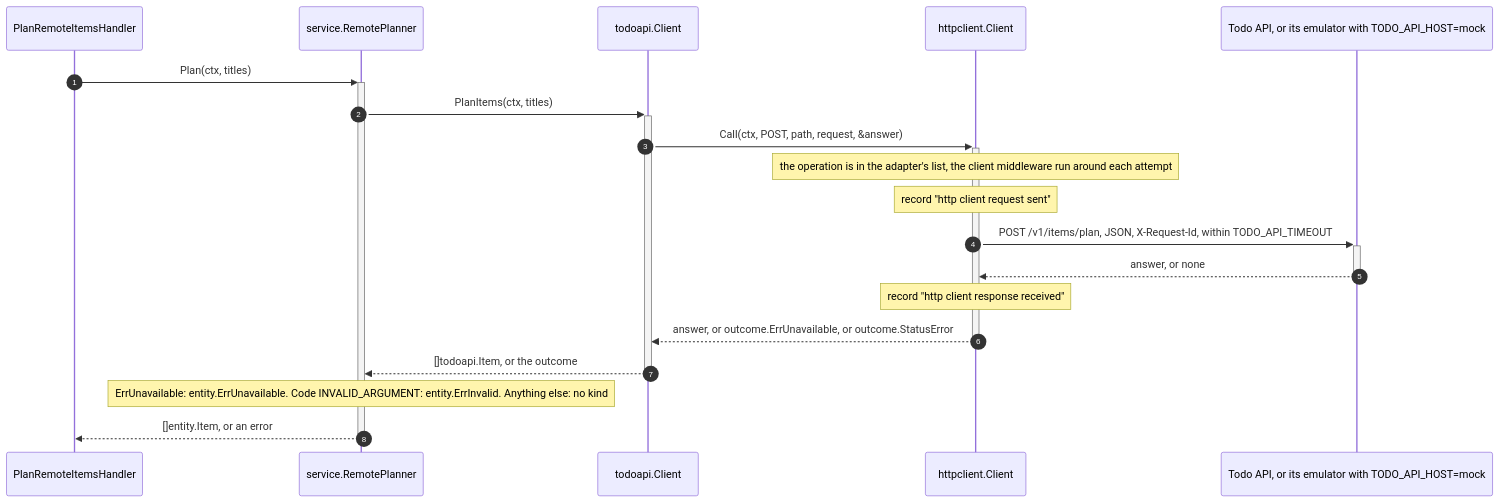
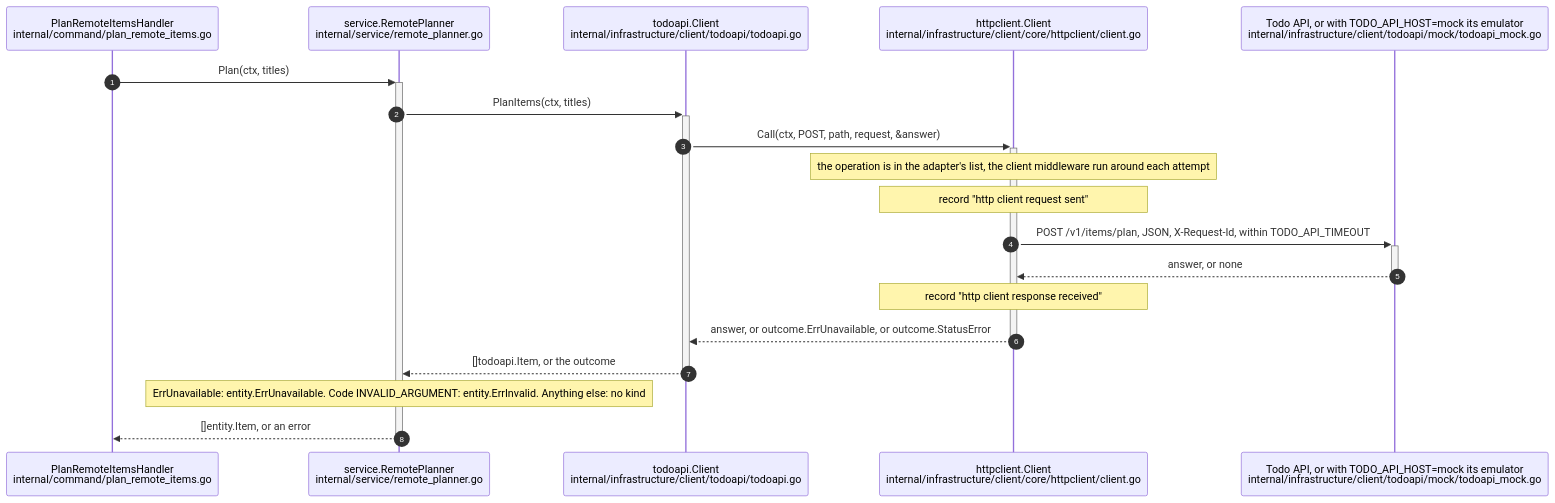
Before and after one commit to InsonusK/ai-skills: the diagram in library/architecture/go/vp-http-client-in-go.skill/diagrams/example-flow.mmd, drawn with Mermaid. The commit also changed 9 other files, not shown here.

Commit message:
vp-diagrams: each participant of a sequence names its real class and its file

```diff
--- a/library/architecture/go/vp-http-client-in-go.skill/diagrams/example-flow.mmd
+++ b/library/architecture/go/vp-http-client-in-go.skill/diagrams/example-flow.mmd
@@ -1,20 +1,20 @@
 sequenceDiagram
     autonumber
-    participant Handler as PlanRemoteItemsHandler
-    participant Service as service.RemotePlanner
-    participant Adapter as todoapi.Client
-    participant Client as httpclient.Client
-    participant API as Todo API, or its emulator with TODO_API_HOST=mock
+    participant Handler as PlanRemoteItemsHandler<br/>internal/command/plan_remote_items.go
+    participant Service as service.RemotePlanner<br/>internal/service/remote_planner.go
+    participant Adapter as todoapi.Client<br/>internal/infrastructure/client/todoapi/todoapi.go
+    participant Client as httpclient.Client<br/>internal/infrastructure/client/core/httpclient/client.go
+    participant API as Todo API, or with TODO_API_HOST=mock its emulator<br/>internal/infrastructure/client/todoapi/mock/todoapi_mock.go
 
     Handler->>+Service: Plan(ctx, titles)
     Service->>+Adapter: PlanItems(ctx, titles)
     Adapter->>+Client: Call(ctx, POST, path, request, &answer)
     Note over Client: the operation is in the adapter's list, the client middleware run around each attempt
     Note over Client: record "http client request sent"
     Client->>+API: POST /v1/items/plan, JSON, X-Request-Id, within TODO_API_TIMEOUT
     API-->>-Client: answer, or none
     Note over Client: record "http client response received"
     Client-->>-Adapter: answer, or outcome.ErrUnavailable, or outcome.StatusError
     Adapter-->>-Service: []todoapi.Item, or the outcome
     Note over Service: ErrUnavailable: entity.ErrUnavailable. Code INVALID_ARGUMENT: entity.ErrInvalid. Anything else: no kind
     Service-->>-Handler: []entity.Item, or an error
```
